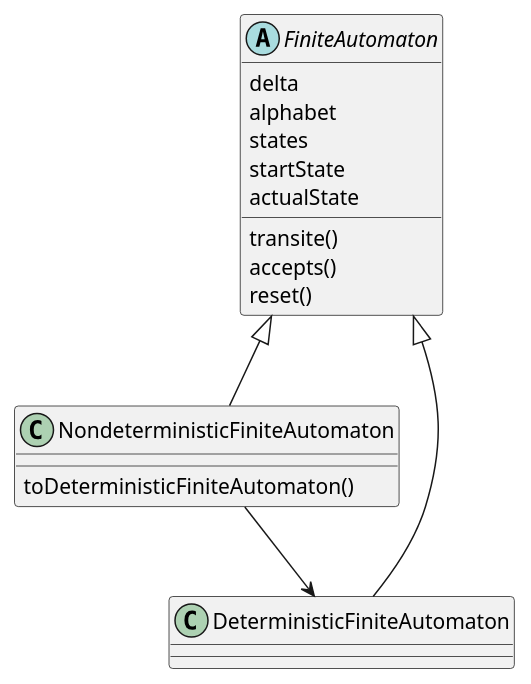
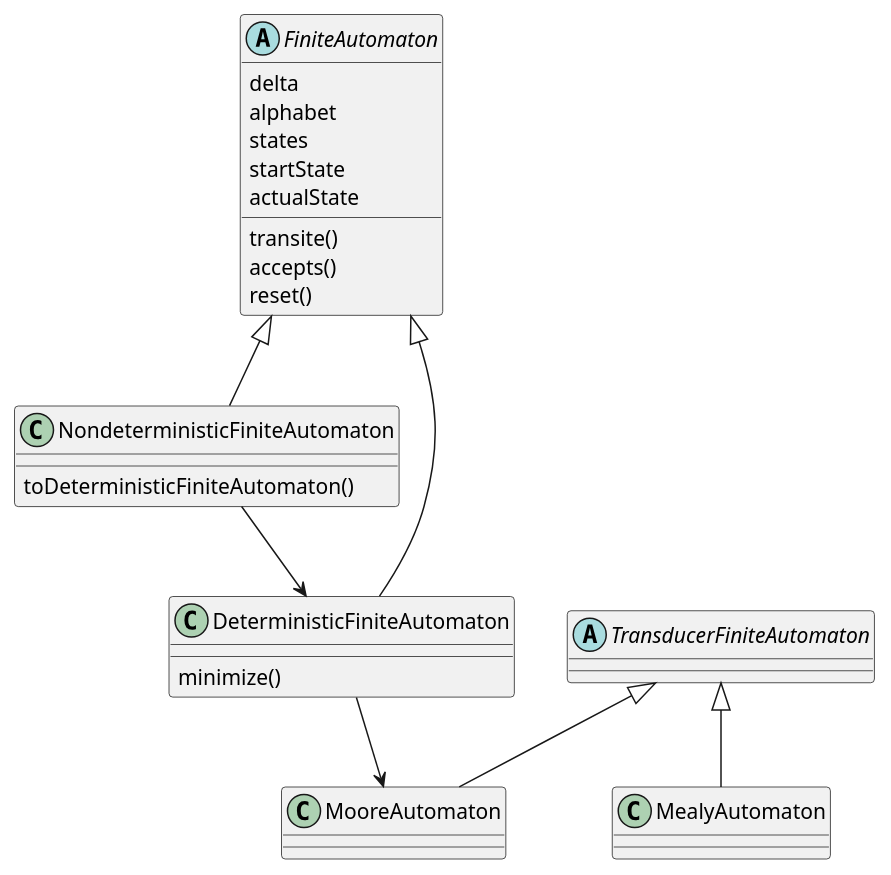
Before and after one commit to sanchezcarlosjr/theory-of-computation: the diagram in docs/automata-modelling.md, drawn with PlantUML. The commit also changed 2 other files, not shown here.

Commit message:
feat(automata): change tests

````diff
--- a/docs/automata-modelling.md
+++ b/docs/automata-modelling.md
@@ -3,19 +3,27 @@
 ```puml
+abstract class TransducerFiniteAutomaton
+class MooreAutomaton
+TransducerFiniteAutomaton <|-- MooreAutomaton
+TransducerFiniteAutomaton <|-- MealyAutomaton
+
 abstract class FiniteAutomaton {
    delta
    alphabet
    states
    startState
    actualState
    transite()
    accepts()
    reset()
 }
 class NondeterministicFiniteAutomaton {
   toDeterministicFiniteAutomaton()
 }
-class DeterministicFiniteAutomaton
+class DeterministicFiniteAutomaton {
+  minimize()
+}
 NondeterministicFiniteAutomaton --> DeterministicFiniteAutomaton
 FiniteAutomaton <|-- NondeterministicFiniteAutomaton
 FiniteAutomaton <|-- DeterministicFiniteAutomaton
+DeterministicFiniteAutomaton --> MooreAutomaton
 ```
````
